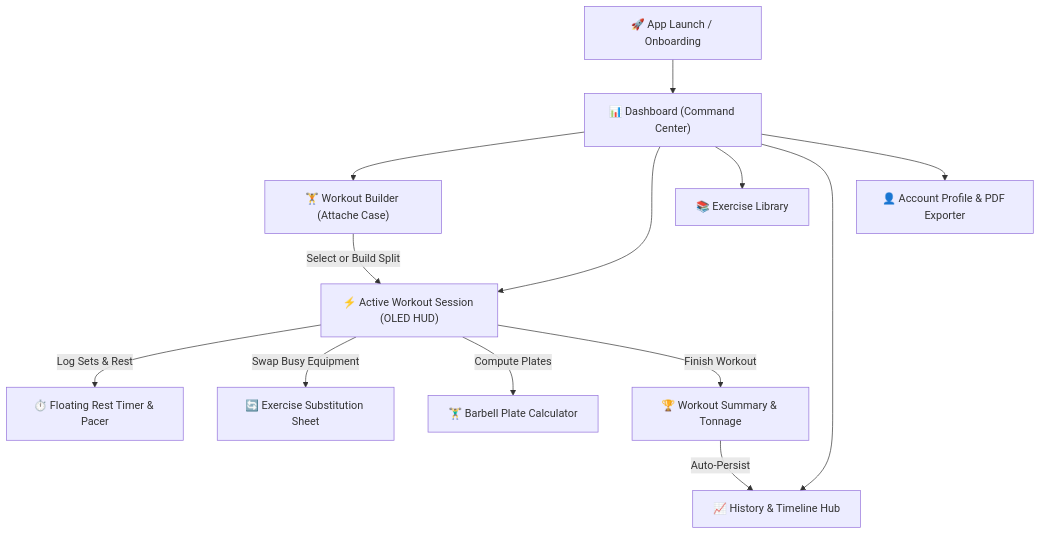
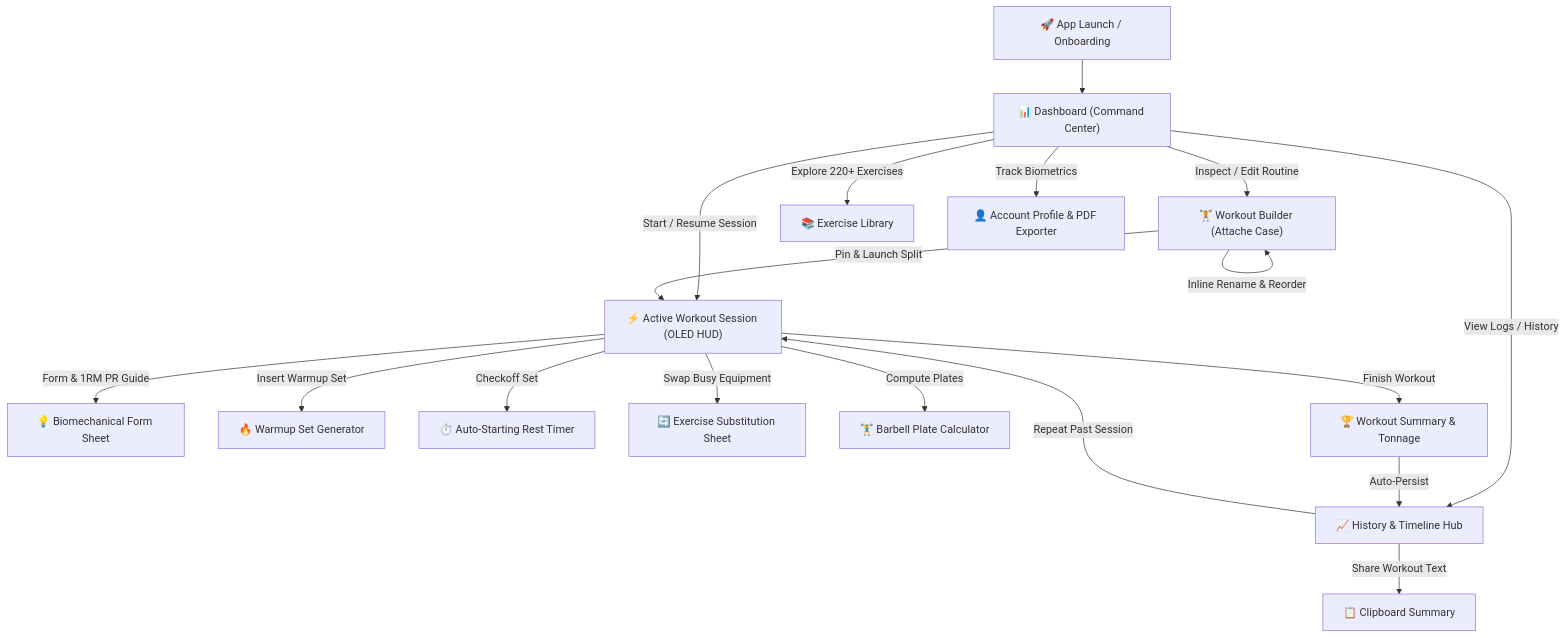
One commit to LuvyaNishad/GYM_APP changed the diagram in README.md. Above: the diagram before and after it, drawn with Mermaid. The commit also changed other lines of this file and 27 other files, not shown here.

Commit message:
feat: complete master UX friction roadmap (Pillars A-E) and update documentation

````diff
--- a/README.md
+++ b/README.md
@@ -37,17 +39,22 @@
 ```mermaid
 flowchart TD
     A["🚀 App Launch / Onboarding"] --> B["📊 Dashboard (Command Center)"]
     
-    B --> C["🏋️ Workout Builder (Attache Case)"]
-    B --> D["⚡ Active Workout Session (OLED HUD)"]
-    B --> E["📚 Exercise Library"]
-    B --> F["📈 History & Timeline Hub"]
-    B --> G["👤 Account Profile & PDF Exporter"]
+    B -->|"Inspect / Edit Routine"| C["🏋️ Workout Builder (Attache Case)"]
+    B -->|"Start / Resume Session"| D["⚡ Active Workout Session (OLED HUD)"]
+    B -->|"Explore 220+ Exercises"| E["📚 Exercise Library"]
+    B -->|"View Logs / History"| F["📈 History & Timeline Hub"]
+    B -->|"Track Biometrics"| G["👤 Account Profile & PDF Exporter"]
     
-    C -->|"Select or Build Split"| D
-    D -->|"Log Sets & Rest"| H["⏱️ Floating Rest Timer & Pacer"]
-    D -->|"Swap Busy Equipment"| I["🔄 Exercise Substitution Sheet"]
-    D -->|"Compute Plates"| J["🏋️‍♂️ Barbell Plate Calculator"]
-    D -->|"Finish Workout"| K["🏆 Workout Summary & Tonnage"]
-    K -->|"Auto-Persist"| F
+    C -->|"Pin & Launch Split"| D
+    C -->|"Inline Rename & Reorder"| C
+    D -->|"Form & 1RM PR Guide"| H["💡 Biomechanical Form Sheet"]
+    D -->|"Insert Warmup Set"| I["🔥 Warmup Set Generator"]
+    D -->|"Checkoff Set"| J["⏱️ Auto-Starting Rest Timer"]
+    D -->|"Swap Busy Equipment"| K["🔄 Exercise Substitution Sheet"]
+    D -->|"Compute Plates"| L["🏋️‍♂️ Barbell Plate Calculator"]
+    D -->|"Finish Workout"| M["🏆 Workout Summary & Tonnage"]
+    M -->|"Auto-Persist"| F
+    F -->|"Repeat Past Session"| D
+    F -->|"Share Workout Text"| N["📋 Clipboard Summary"]
 ```
````
